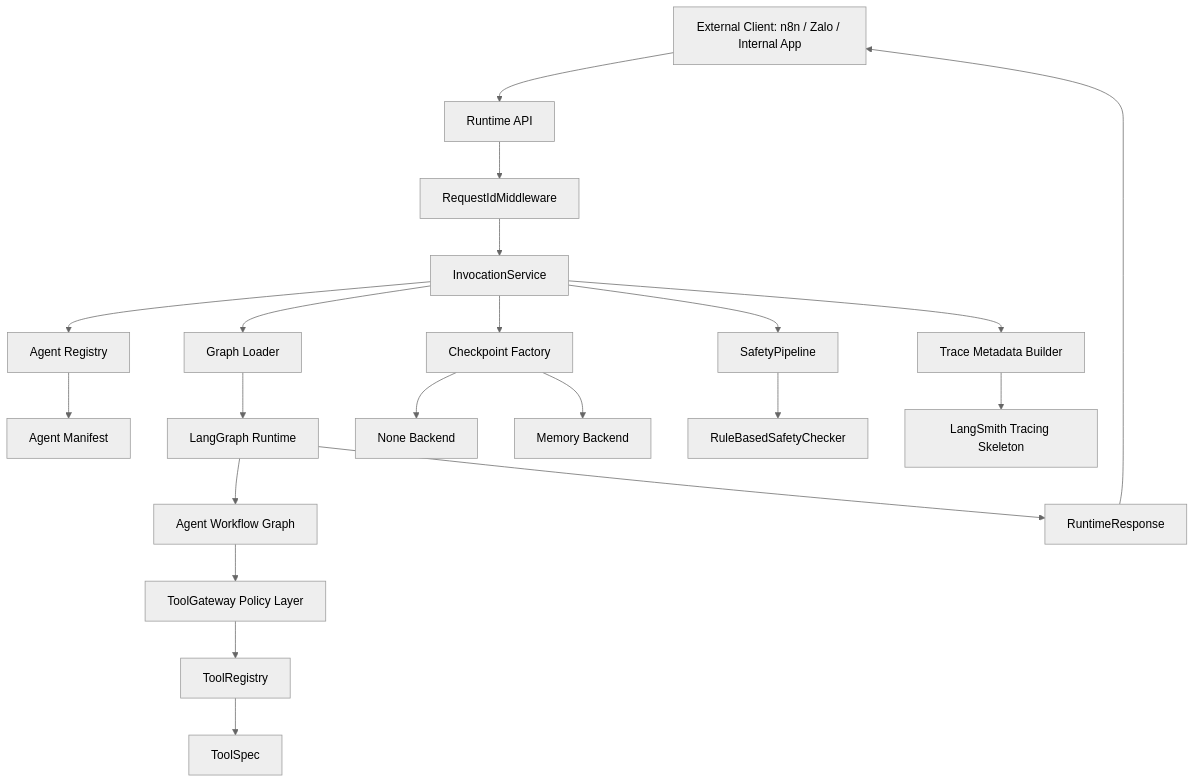
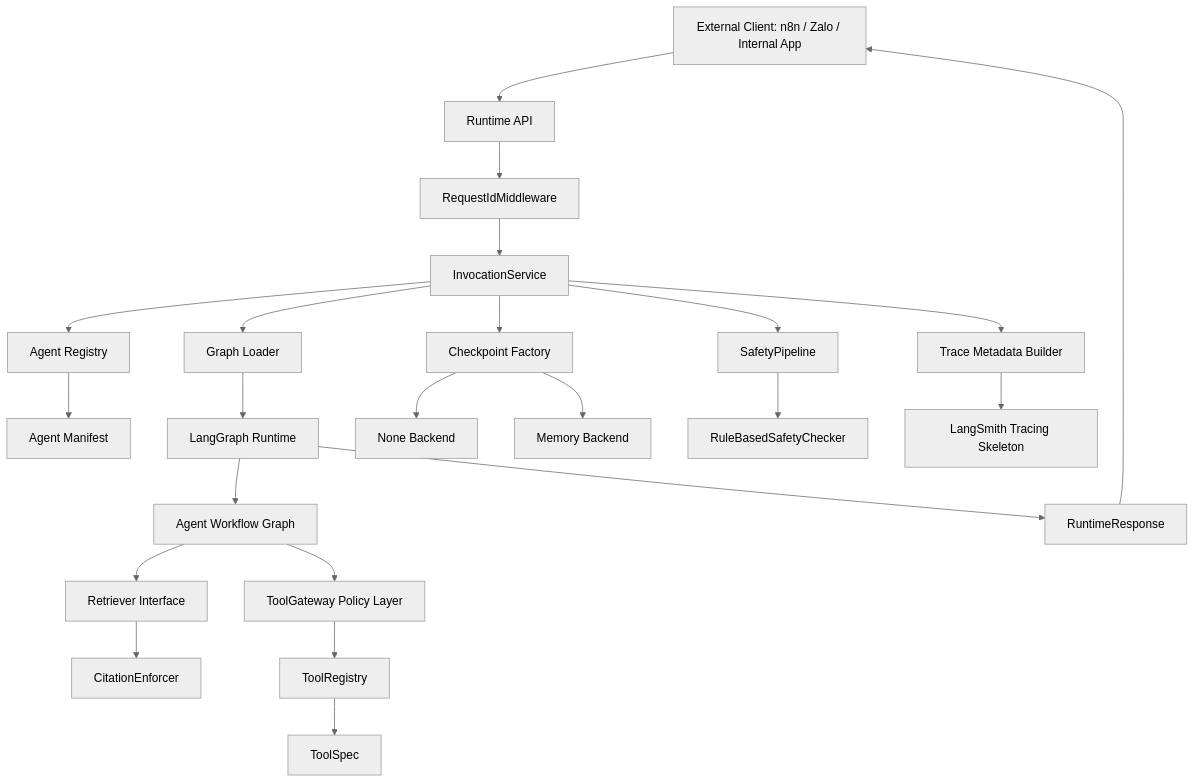
One commit to Tenaity/ai-agent-platform changed the first of 2 diagrams in README.md. Above: the diagram before and after it, drawn with Mermaid (neutral theme). The commit also changed other lines of this file and 13 other files, not shown here.

````diff
--- a/README.md
+++ b/README.md
@@ -36,32 +39,34 @@
 ```mermaid
 flowchart TD
     Client["External Client: n8n / Zalo / Internal App"] --> API["Runtime API"]
 
     API --> Middleware["RequestIdMiddleware"]
     Middleware --> Invoke["InvocationService"]
 
     Invoke --> Registry["Agent Registry"]
     Registry --> Manifest["Agent Manifest"]
 
     Invoke --> GraphLoader["Graph Loader"]
     GraphLoader --> Runtime["LangGraph Runtime"]
 
     Invoke --> Checkpoint["Checkpoint Factory"]
     Checkpoint --> NoneBackend["None Backend"]
     Checkpoint --> MemoryBackend["Memory Backend"]
 
     Invoke --> Safety["SafetyPipeline"]
     Safety --> SafetyChecker["RuleBasedSafetyChecker"]
 
     Runtime --> AgentGraph["Agent Workflow Graph"]
+    AgentGraph --> Retriever["Retriever Interface"]
+    Retriever --> CitationEnforcer["CitationEnforcer"]
 
     AgentGraph --> ToolGateway["ToolGateway Policy Layer"]
     ToolGateway --> ToolRegistry["ToolRegistry"]
     ToolRegistry --> ToolSpec["ToolSpec"]
 
     Invoke --> TraceMeta["Trace Metadata Builder"]
     TraceMeta --> LangSmith["LangSmith Tracing Skeleton"]
 
     Runtime --> Response["RuntimeResponse"]
     Response --> Client
 ```
````
